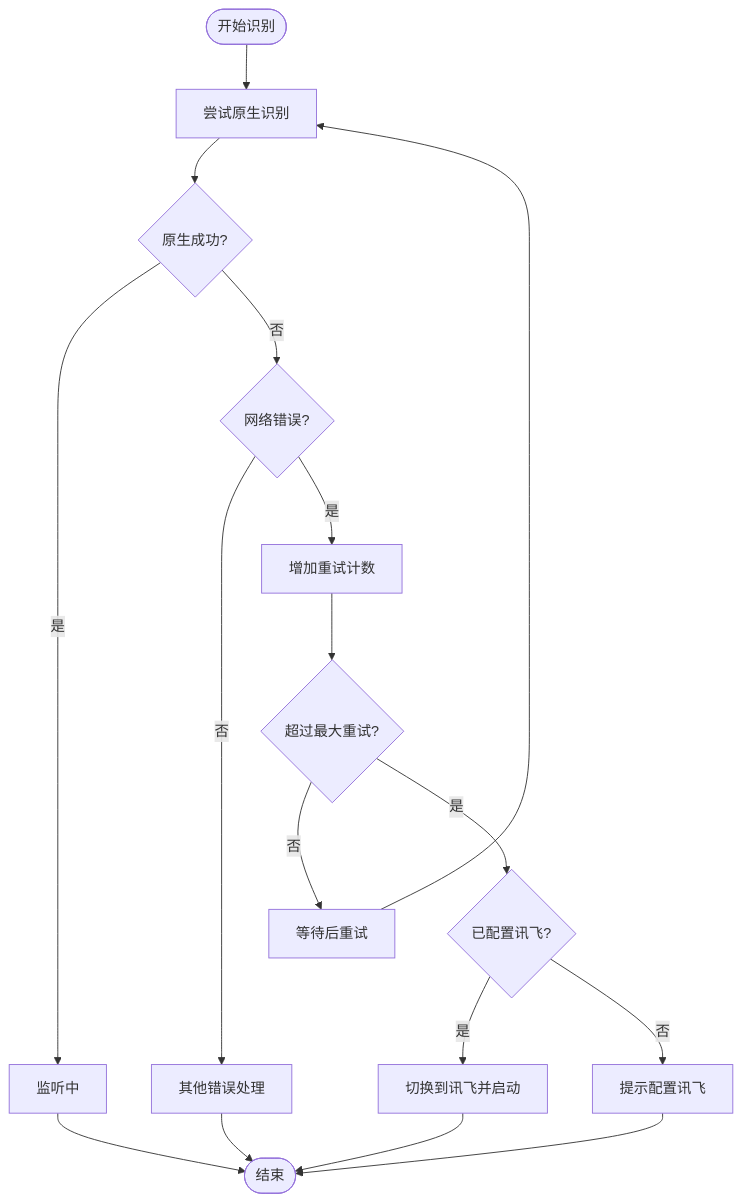
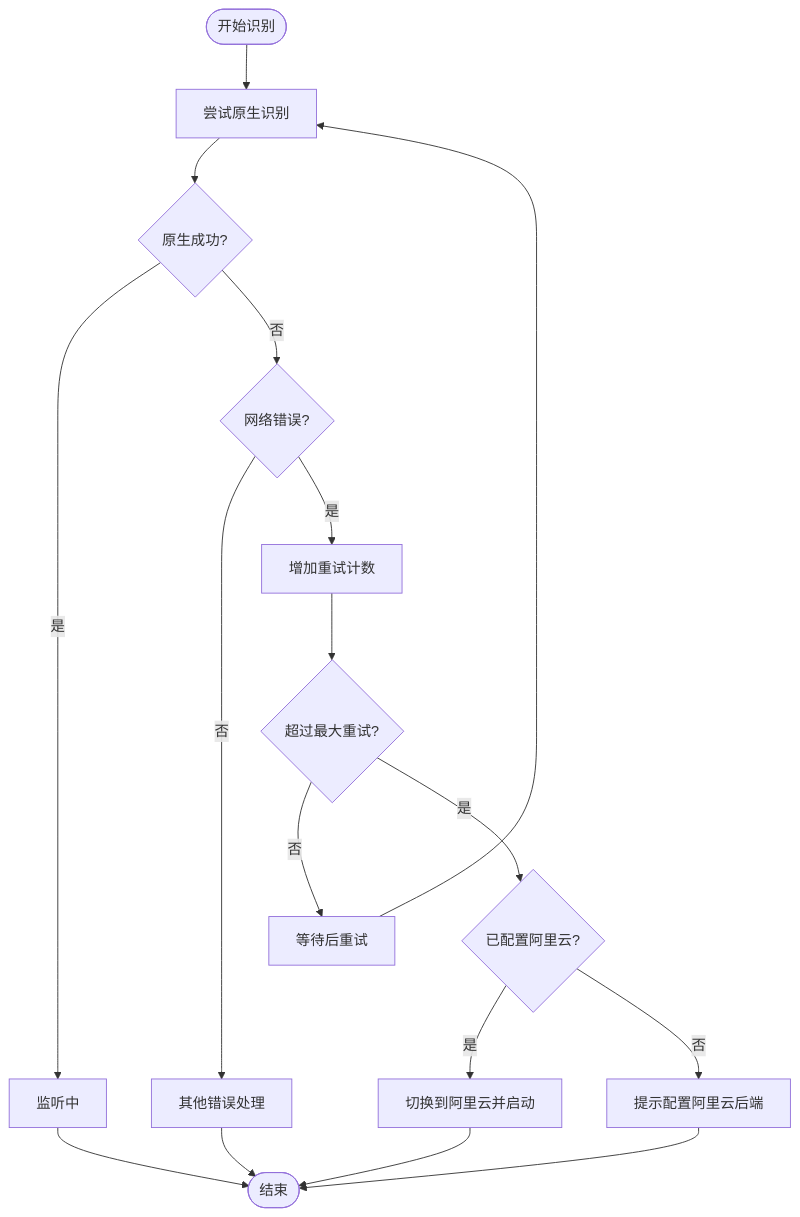
The fourth of 10 diagrams in .qoder/repowiki/zh/content/语音识别模块详解/多后端管理机制.md (db300/MySpeechRecognition), drawn with Mermaid before and after one commit. The commit also changed other lines of this file and 10 other files, not shown here.

````diff
--- a/.qoder/repowiki/zh/content/语音识别模块详解/多后端管理机制.md
+++ b/.qoder/repowiki/zh/content/语音识别模块详解/多后端管理机制.md
@@ -147,19 +169,19 @@
 ```mermaid
 flowchart TD
 Start(["开始识别"]) --> NativeStart["尝试原生识别"]
 NativeStart --> NativeOK{"原生成功?"}
 NativeOK --> |是| Listen["监听中"]
 NativeOK --> |否| NetErr{"网络错误?"}
 NetErr --> |否| HandleOther["其他错误处理"]
 NetErr --> |是| Retry["增加重试计数"]
 Retry --> MaxRetry{"超过最大重试?"}
 MaxRetry --> |否| WaitRestart["等待后重试"]
-MaxRetry --> |是| HasCfg{"已配置讯飞?"}
-HasCfg --> |是| Switch["切换到讯飞并启动"]
-HasCfg --> |否| Prompt["提示配置讯飞"]
+MaxRetry --> |是| HasAliyunCfg{"已配置阿里云?"}
+HasAliyunCfg --> |是| SwitchAliyun["切换到阿里云并启动"]
+HasAliyunCfg --> |否| Prompt["提示配置阿里云后端"]
 WaitRestart --> NativeStart
 Listen --> End(["结束"])
-Switch --> End
+SwitchAliyun --> End
 Prompt --> End
 HandleOther --> End
 ```
````
